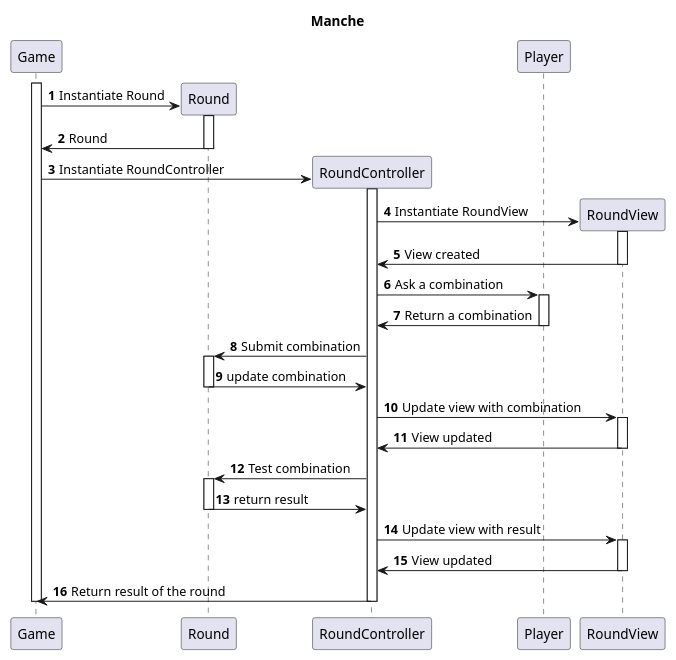
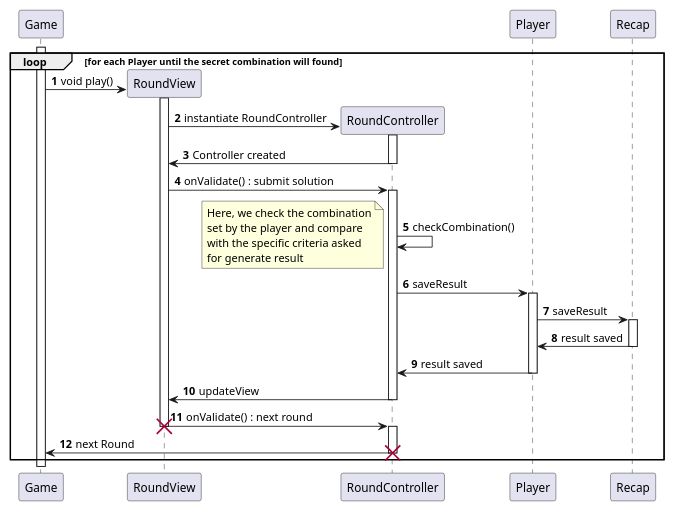
The diagram in Writerside/topics/Description-de-la-manche.md (Earth-Wind-and-Fire/AP4B_Report), drawn with PlantUML before and after one commit. The commit also changed 10 other files, not shown here.

````diff
--- a/Writerside/topics/Description-de-la-manche.md
+++ b/Writerside/topics/Description-de-la-manche.md
@@ -30,65 +30,65 @@
 ```plantuml
 @startuml
 'https://plantuml.com/sequence-diagram
 
-scale 0.92
-title Manche
+scale 0.8
 autonumber
 
 participant "Game" as Game
-participant "Round" as Round
+participant "RoundView" as RoundView
 participant "RoundController" as RoundController
 participant "Player" as Player
-participant "RoundView" as RoundView
+participant "Recap" as Recap
 
-' Create Game and Round
-activate Game
-create Round
-Game -> Round: Instantiate Round
-activate Round
-Round -> Game: Round
-deactivate Round
+loop for each Player until the secret combination will found
 
-create RoundController
-Game -> RoundController: Instantiate RoundController
-activate RoundController
+    ' Create Game and Round
+    activate Game
 
-create RoundView
-RoundController -> RoundView: Instantiate RoundView
-activate RoundView
-RoundView -> RoundController: View created
-deactivate RoundView
+' instantiate RoundView
+    create RoundView
+    Game -> RoundView: void play()
+    activate RoundView
 
-RoundController -> Player: Ask a combination
-activate Player
+' instantiate RoundController
+    create RoundController
+    RoundView -> RoundController: instantiate RoundController
+    activate RoundController
+    RoundController -> RoundView: Controller created
+    deactivate RoundController
 
-Player -> RoundController: Return a combination
-deactivate Player
-RoundController -> Round: Submit combination
-activate Round
-Round -> RoundController: update combination
-deactivate Round
+    RoundView -> RoundController : onValidate() : submit solution
+    activate RoundController
 
-RoundController -> RoundView: Update view with combination
-activate RoundView
-RoundView -> RoundController: View updated
-deactivate RoundView
+    RoundController -> RoundController : checkCombination()
+    note left
+        Here, we check the combination
+        set by the player and compare
+        with the specific criteria asked
+        for generate result
+    end note
+    RoundController -> Player : saveResult
+    activate Player
+    Player -> Recap : saveResult
+    activate Recap
+    Recap -> Player : result saved
+    deactivate Recap
+    Player -> RoundController : result saved
+    deactivate Player
+    RoundController -> RoundView : updateView
+    deactivate RoundController
 
-RoundController -> Round: Test combination
-activate Round
-Round -> RoundController: return result
-deactivate Round
+    RoundView -> RoundController : onValidate() : next round
+    destroy RoundView
 
-RoundController -> RoundView: Update view with result
-activate RoundView
-RoundView -> RoundController: View updated
-deactivate RoundView
+    activate RoundController
+    RoundController -> Game : next Round
+    destroy RoundController
+end
 
-RoundController -> Game: Return result of the round
-deactivate RoundController
-deactivate Game
+
 
 
 
 @enduml
 ```
````
